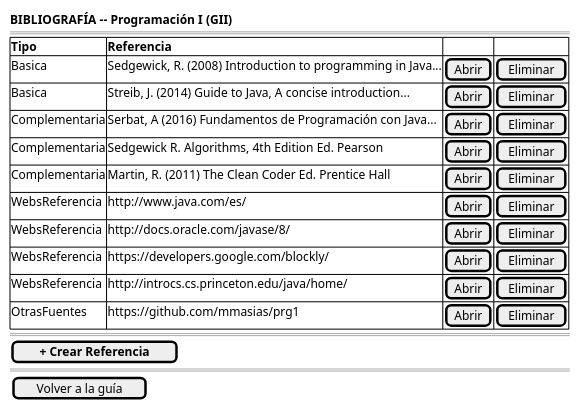
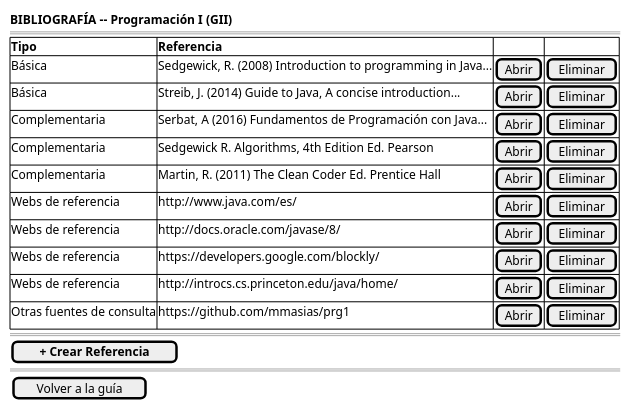
Before and after one commit to mmasias/pyCeldaPublico: the diagram in RUP/01-requisitos/03-detalle-casos-uso/abrirReferenciasBibliograficas/wireframes.puml, drawn with PlantUML. The commit also changed 16 other files, not shown here.

```diff
--- a/RUP/01-requisitos/03-detalle-casos-uso/abrirReferenciasBibliograficas/wireframes.puml
+++ b/RUP/01-requisitos/03-detalle-casos-uso/abrirReferenciasBibliograficas/wireframes.puml
@@ -1,23 +1,23 @@
 @startsalt abrirReferenciasBibliograficas-wireframe
 {
     <b>BIBLIOGRAFÍA -- Programación I (GII)</b>
     ====
     {#
         <b>Tipo | <b>Referencia | . | .
-        Basica | Sedgewick, R. (2008) Introduction to programming in Java... | [Abrir] | [Eliminar]
-        Basica | Streib, J. (2014) Guide to Java, A concise introduction... | [Abrir] | [Eliminar]
+        Básica | Sedgewick, R. (2008) Introduction to programming in Java... | [Abrir] | [Eliminar]
+        Básica | Streib, J. (2014) Guide to Java, A concise introduction... | [Abrir] | [Eliminar]
         Complementaria | Serbat, A (2016) Fundamentos de Programación con Java... | [Abrir] | [Eliminar]
         Complementaria | Sedgewick R. Algorithms, 4th Edition Ed. Pearson | [Abrir] | [Eliminar]
         Complementaria | Martin, R. (2011) The Clean Coder Ed. Prentice Hall | [Abrir] | [Eliminar]
-        WebsReferencia | http://www.java.com/es/ | [Abrir] | [Eliminar]
-        WebsReferencia | http://docs.oracle.com/javase/8/ | [Abrir] | [Eliminar]
-        WebsReferencia | https://developers.google.com/blockly/ | [Abrir] | [Eliminar]
-        WebsReferencia | http://introcs.cs.princeton.edu/java/home/ | [Abrir] | [Eliminar]
-        OtrasFuentes | https://github.com/mmasias/prg1 | [Abrir] | [Eliminar]
+        Webs de referencia | http://www.java.com/es/ | [Abrir] | [Eliminar]
+        Webs de referencia | http://docs.oracle.com/javase/8/ | [Abrir] | [Eliminar]
+        Webs de referencia | https://developers.google.com/blockly/ | [Abrir] | [Eliminar]
+        Webs de referencia | http://introcs.cs.princeton.edu/java/home/ | [Abrir] | [Eliminar]
+        Otras fuentes de consulta | https://github.com/mmasias/prg1 | [Abrir] | [Eliminar]
     }
     ====
     [ <b>+ Crear Referencia</b> ]
     ====
     {[Volver a la guía]}
 }
 @endsalt
```
